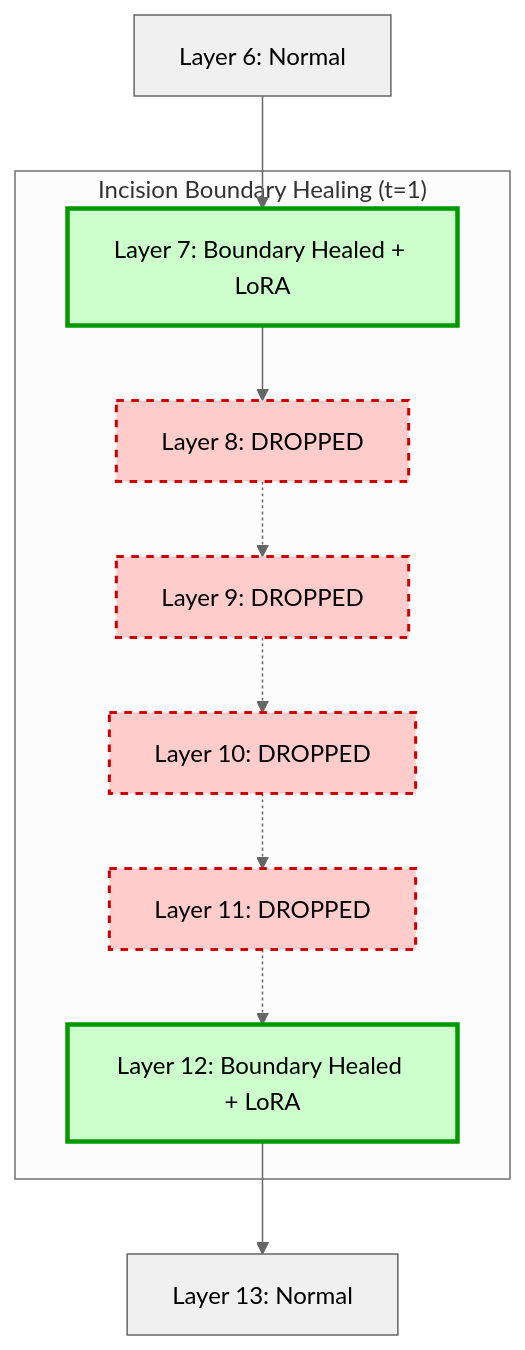
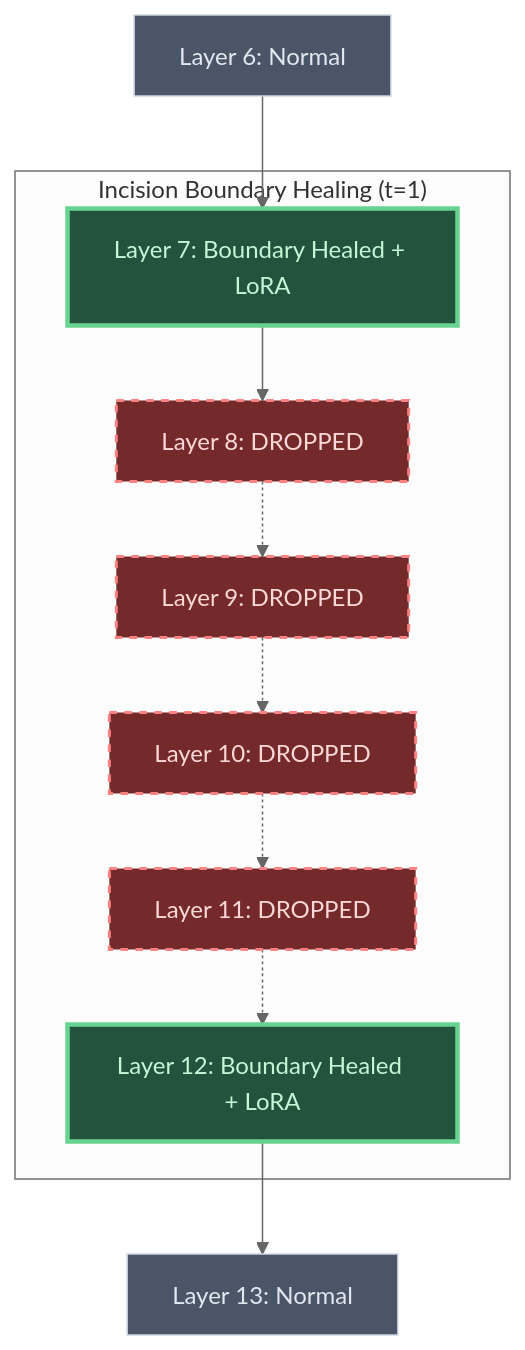
One commit to SakshamKapoor2911/tim-mgdt changed the diagram in README.md. Above: the diagram before and after it, drawn with Mermaid (neutral theme). The commit also changed 3 other files, not shown here.

Commit message:
style: fix mermaid contrast and dashboard image display

````diff
--- a/README.md
+++ b/README.md
@@ -14,25 +14,25 @@
 ```mermaid
 graph TD
-    classDef default fill:#f9f9f9,stroke:#333,stroke-width:2px;
-    classDef dropped fill:#ffcccc,stroke:#cc0000,stroke-width:2px,stroke-dasharray: 5 5;
-    classDef healed fill:#ccffcc,stroke:#009900,stroke-width:3px;
-    classDef normal fill:#f0f0f0,stroke:#666,stroke-width:1px;
+    classDef default fill:#2D3748,stroke:#A0AEC0,stroke-width:2px,color:#FFFFFF;
+    classDef dropped fill:#742A2A,stroke:#FC8181,stroke-width:2px,stroke-dasharray: 5 5,color:#FED7D7;
+    classDef healed fill:#22543D,stroke:#68D391,stroke-width:3px,color:#C6F6D5;
+    classDef normal fill:#4A5568,stroke:#CBD5E0,stroke-width:1px,color:#E2E8F0;
 
     L6[Layer 6: Normal]:::normal --> L7
     L7[Layer 7: Boundary Healed + LoRA]:::healed --> L8
     L8[Layer 8: DROPPED]:::dropped -.-> L9
     L9[Layer 9: DROPPED]:::dropped -.-> L10
     L10[Layer 10: DROPPED]:::dropped -.-> L11
     L11[Layer 11: DROPPED]:::dropped -.-> L12
     L12[Layer 12: Boundary Healed + LoRA]:::healed --> L13
     L13[Layer 13: Normal]:::normal
     
     subgraph "Incision Boundary Healing (t=1)"
     L7
     L8
     L9
     L10
     L11
     L12
     end
 ```
````
